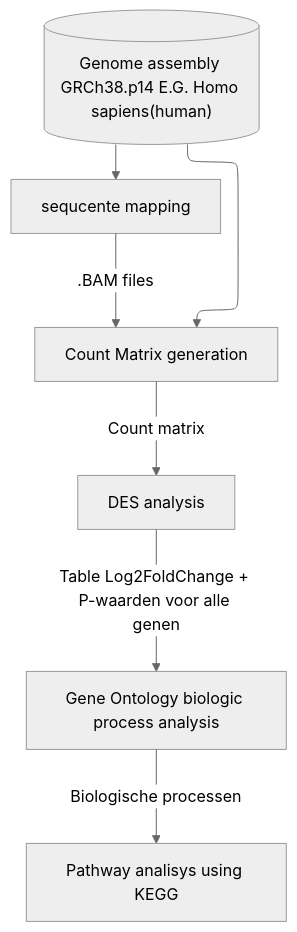
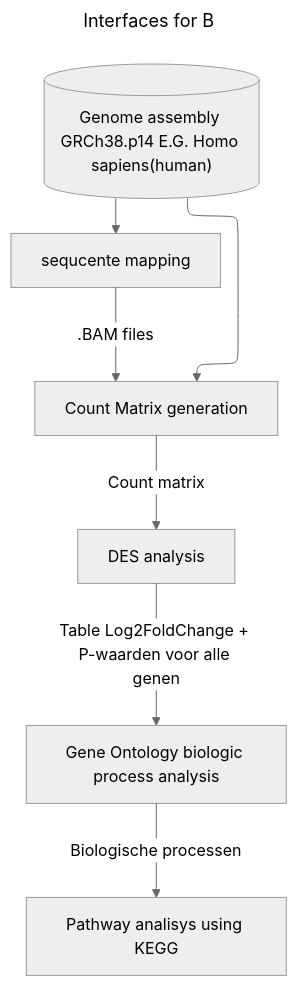
The diagram in README.md (Quantum-Coder826/J2P4casusTranscriptomics), drawn with Mermaid (neutral theme) before and after one commit.

Commit message:
Added ELk config

````diff
--- a/README.md
+++ b/README.md
@@ -38,24 +38,29 @@
 ```mermaid
+---
+title: Interfaces for B
+---
+%%{init: {'flowchart': {'defaultRenderer': 'elk'}}}%%
+
 flowchart-elk TD;
   
   HG38[("Genome assembly GRCh38.p14 E.G. Homo sapiens(human)")] 
   HG38 --> seq_map
   HG38 --> matrix
     
   seq_map[sequcente mapping] -->|".BAM files"| matrix;
   matrix[Count Matrix generation] -->|"Count matrix"| data_ana;
   data_ana[DES analysis] -->|"Table Log2FoldChange + P-waarden voor alle genen"| GO_ana;
   GO_ana[Gene Ontology biologic process analysis] -->|"Biologische processen"| KEGG_ana;
   KEGG_ana[Pathway analisys using KEGG];
     
   click seq_map "https://github.com/Quantum-Coder826/J2P4casusTranscriptomics/blob/main/scripts/seq_mapping.R";
   click matrix "https://github.com/Quantum-Coder826/J2P4casusTranscriptomics/blob/main/scripts/count_matrix.R";
   click data_ana "https://github.com/Quantum-Coder826/J2P4casusTranscriptomics/blob/main/scripts/data_ana.R";
   click GO_ana "https://github.com/Quantum-Coder826/J2P4casusTranscriptomics/blob/main/scripts/GO_analysis.R";
   click KEGG_ana "https://github.com/Quantum-Coder826/J2P4casusTranscriptomics/blob/main/scripts/KEGG_analysis.R";
   
   click HG38 "https://www.ncbi.nlm.nih.gov/datasets/genome/GCF_000001405.40/";
   
   classDef hidden display: none;
 
 ```
````
